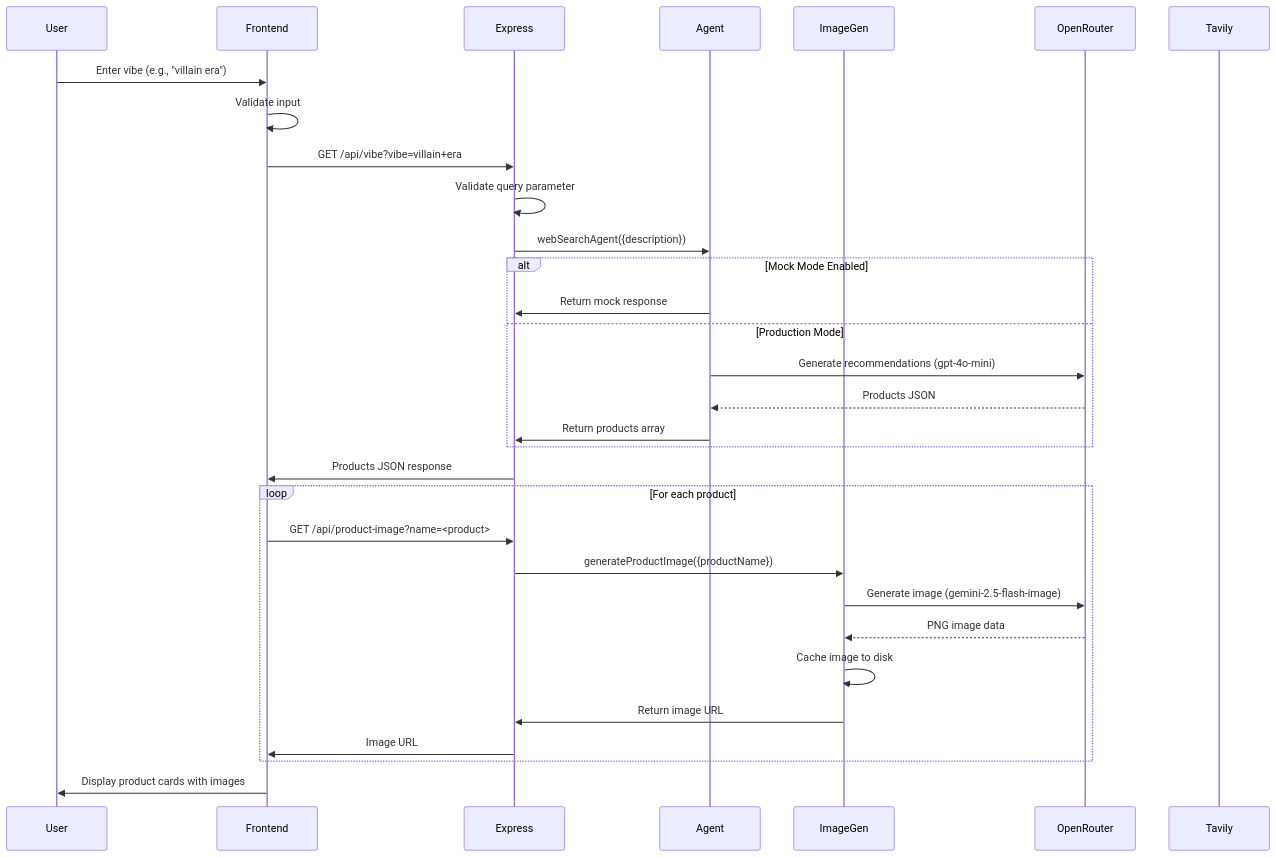
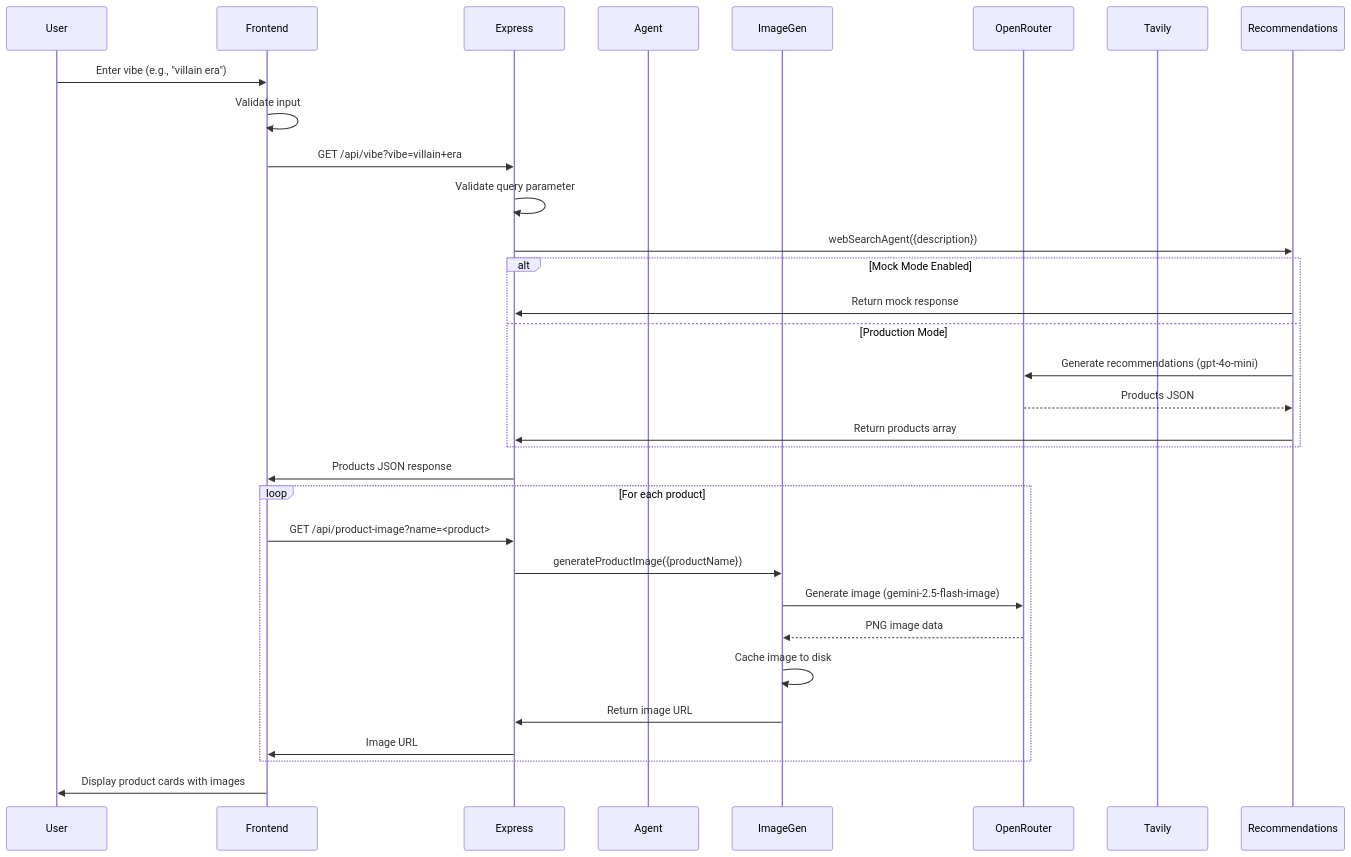
The second of 11 diagrams in ARCHITECTURE.md (shrutikapoor08/codetv-openrouter-vibe-to-cart), drawn with Mermaid before and after one commit. The commit also changed other lines of this file, not shown here.

First line of the commit message:
docs: split AI Agent Service into Recommendations and Roast Me services in architecture

````diff
--- a/ARCHITECTURE.md
+++ b/ARCHITECTURE.md
@@ -88,38 +94,38 @@
 ```mermaid
 sequenceDiagram
     participant User
     participant Frontend
     participant Express
     participant Agent
     participant ImageGen
     participant OpenRouter
     participant Tavily
 
     User->>Frontend: Enter vibe (e.g., "villain era")
     Frontend->>Frontend: Validate input
     Frontend->>Express: GET /api/vibe?vibe=villain+era
     Express->>Express: Validate query parameter
-    Express->>Agent: webSearchAgent({description})
+    Express->>Recommendations: webSearchAgent({description})
 
     alt Mock Mode Enabled
-        Agent->>Express: Return mock response
+        Recommendations->>Express: Return mock response
     else Production Mode
-        Agent->>OpenRouter: Generate recommendations (gpt-4o-mini)
-        OpenRouter-->>Agent: Products JSON
-        Agent->>Express: Return products array
+        Recommendations->>OpenRouter: Generate recommendations (gpt-4o-mini)
+        OpenRouter-->>Recommendations: Products JSON
+        Recommendations->>Express: Return products array
     end
 
     Express->>Frontend: Products JSON response
 
     loop For each product
         Frontend->>Express: GET /api/product-image?name=<product>
         Express->>ImageGen: generateProductImage({productName})
         ImageGen->>OpenRouter: Generate image (gemini-2.5-flash-image)
         OpenRouter-->>ImageGen: PNG image data
         ImageGen->>ImageGen: Cache image to disk
         ImageGen->>Express: Return image URL
         Express->>Frontend: Image URL
     end
 
     Frontend->>User: Display product cards with images
 ```
````
